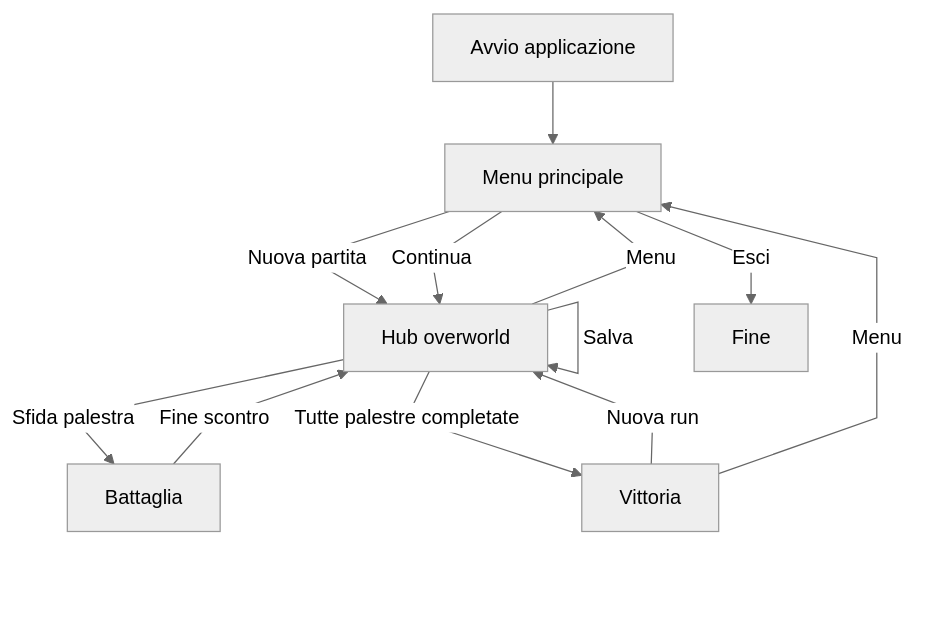
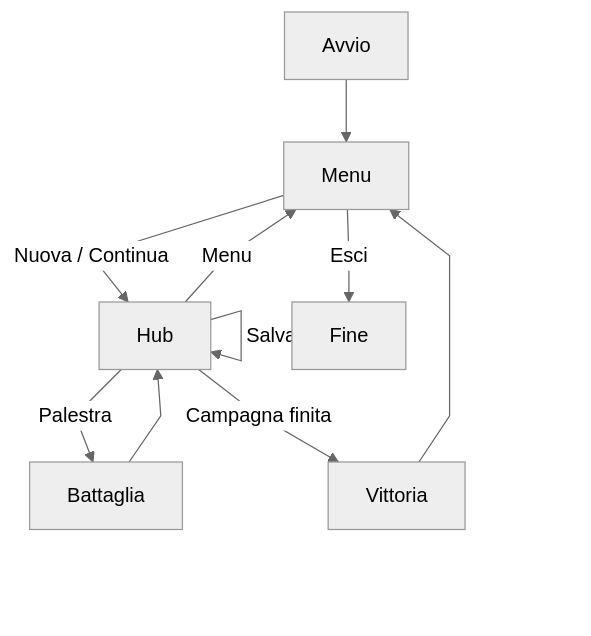
One commit to ValerioGiglio04/rpg-MPGC changed the diagram in .github/wiki-pages/Funzionalita-implementate.md. Above: the diagram before and after it, drawn with Mermaid (neutral theme). The commit also changed other lines of this file and 6 other files, not shown here.

````diff
--- a/.github/wiki-pages/Funzionalita-implementate.md
+++ b/.github/wiki-pages/Funzionalita-implementate.md
@@ -106,15 +103,13 @@
 ```mermaid
 %%{init: {'flowchart': {'curve': 'linear'}}}%%
 flowchart TD
-  Boot[Avvio applicazione] --> MainMenu[Menu principale]
-  MainMenu -->|Nuova partita| Hub[Hub overworld]
-  MainMenu -->|Continua| Hub
+  Boot[Avvio] --> MainMenu[Menu]
+  MainMenu -->|Nuova / Continua| Hub[Hub]
   MainMenu -->|Esci| End[Fine]
   Hub -->|Salva| Hub
   Hub -->|Menu| MainMenu
-  Hub -->|Sfida palestra| Battle[Battaglia]
-  Battle -->|Fine scontro| Hub
-  Hub -->|Tutte palestre completate| Victory[Vittoria]
-  Victory -->|Nuova run| Hub
-  Victory -->|Menu| MainMenu
+  Hub -->|Palestra| Battle[Battaglia]
+  Battle --> Hub
+  Hub -->|Campagna finita| Victory[Vittoria]
+  Victory --> MainMenu
 ```
````
